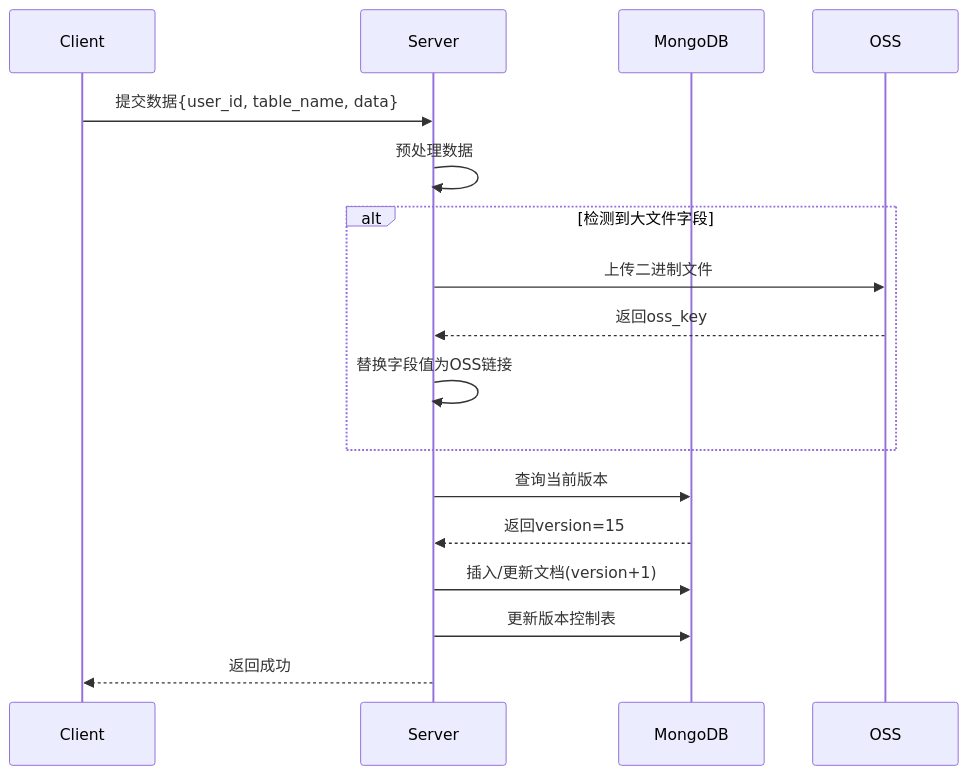
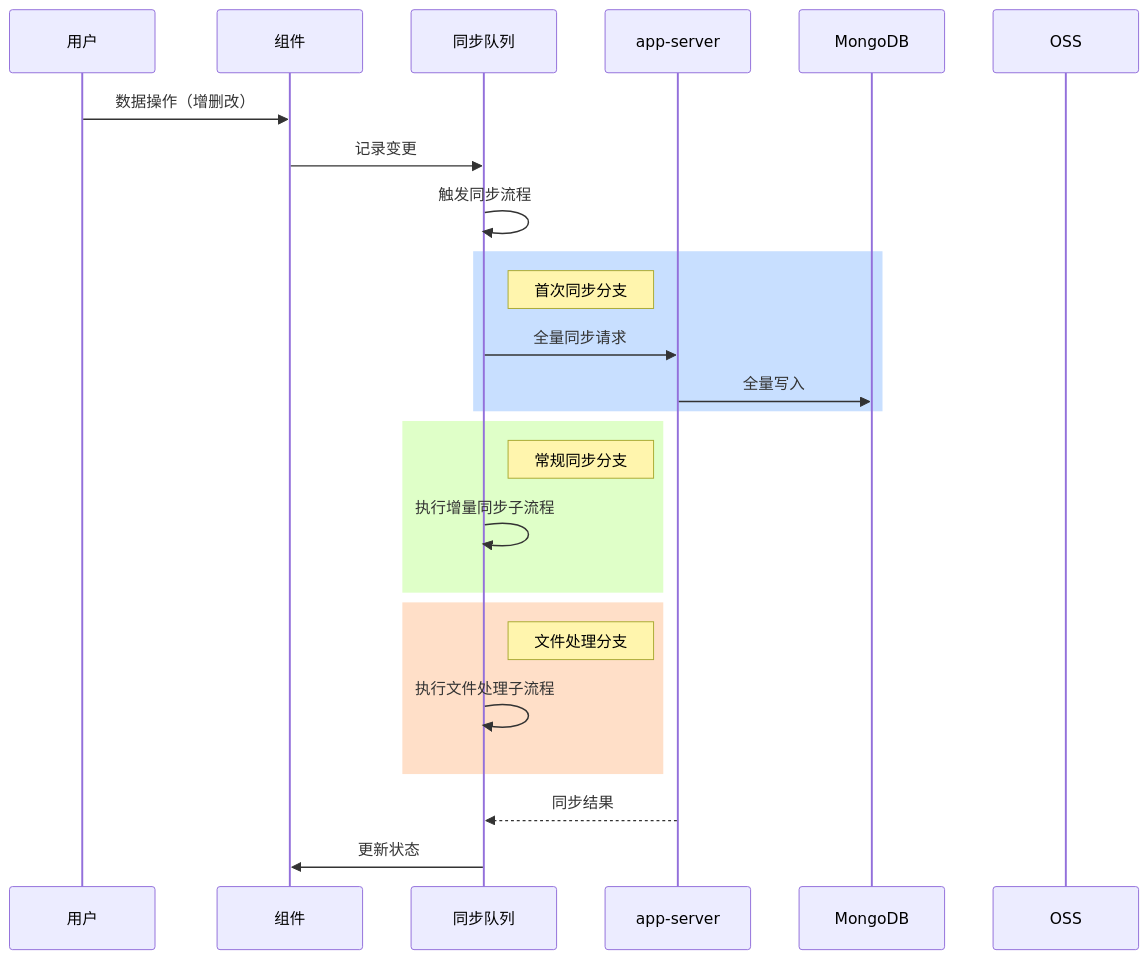
One commit to yingjianzh/iodraw-files changed the diagram in all/未命名-24.md. Above: the diagram before and after it, drawn with Mermaid.

Commit message:
2025-02-24 16:08:44 update

````diff
--- a/all/未命名-24.md
+++ b/all/未命名-24.md
@@ -1,20 +1,35 @@
 ```mermaid
+
 sequenceDiagram
-    participant Client
-    participant Server
+    participant 用户
+    participant 组件
+    participant 同步队列
+    participant app-server
     participant MongoDB
     participant OSS
 
-    Client->>Server: 提交数据{user_id, table_name, data}
-    Server->>Server: 预处理数据
-    alt 检测到大文件字段
-        Server->>OSS: 上传二进制文件
-        OSS-->>Server: 返回oss_key
-        Server->>Server: 替换字段值为OSS链接
+
+    用户->>组件: 数据操作（增删改）
+    组件->>同步队列: 记录变更
+    同步队列->>同步队列: 触发同步流程
+    
+    rect rgb(200,223,255)
+    Note right of 同步队列: 首次同步分支
+    同步队列->>app-server: 全量同步请求
+    app-server->>MongoDB: 全量写入
     end
-    Server->>MongoDB: 查询当前版本
-    MongoDB-->>Server: 返回version=15
-    Server->>MongoDB: 插入/更新文档(version+1)
-    Server->>MongoDB: 更新版本控制表
-    Server-->>Client: 返回成功
+
+    rect rgb(223,255,200)
+    Note right of 同步队列: 常规同步分支
+    同步队列->>同步队列: 执行增量同步子流程
+    end
+
+    rect rgb(255,223,200)
+    Note right of 同步队列: 文件处理分支
+    同步队列->>同步队列: 执行文件处理子流程
+    end
+
+    app-server-->>同步队列: 同步结果
+    同步队列->>组件: 更新状态
+
 ```
````
